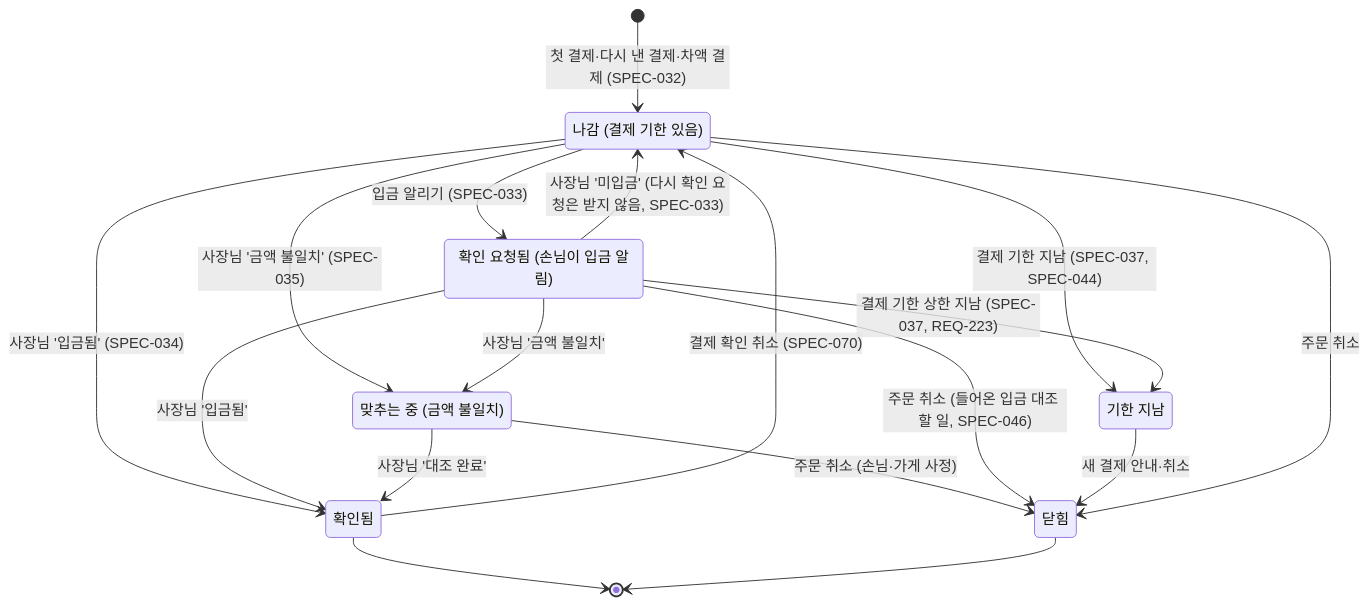
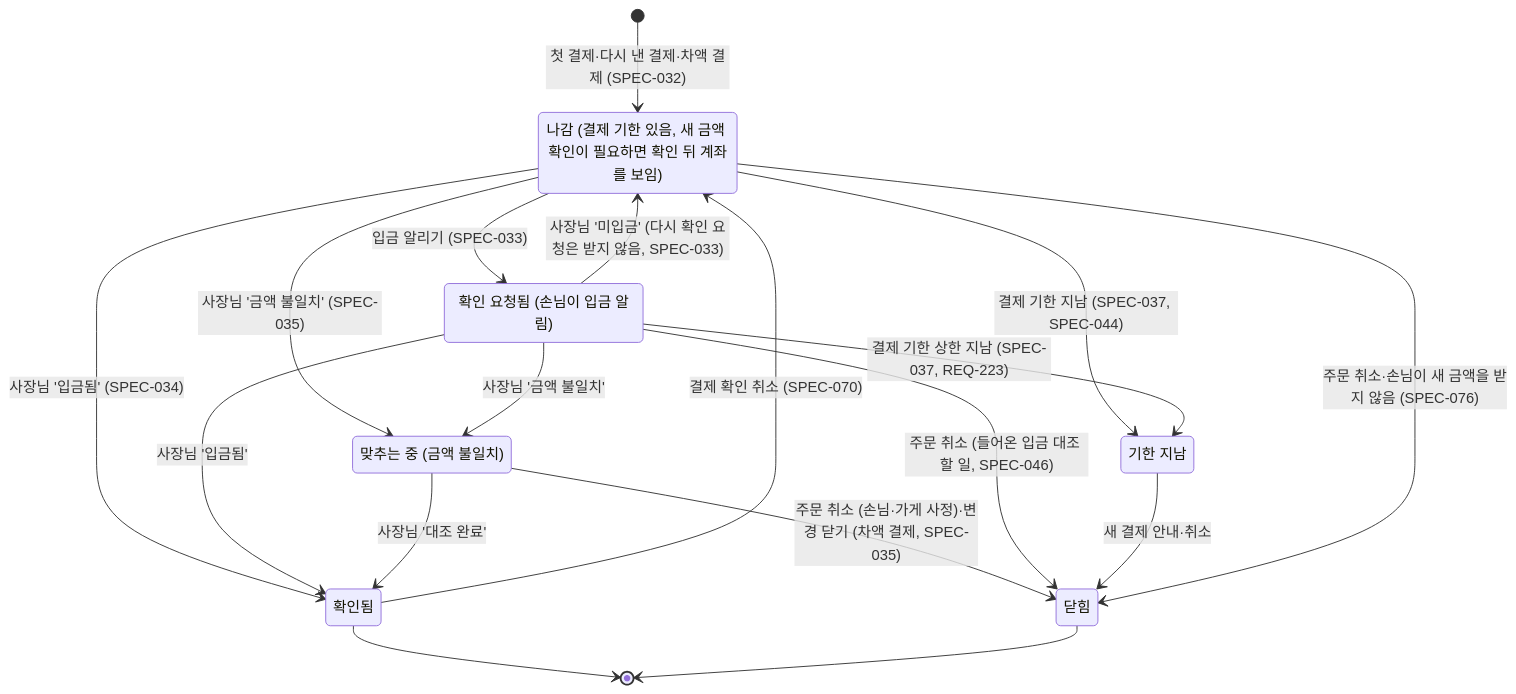
One commit to kodonghui/siljang.ai changed the third of 8 diagrams in docs/04-functional-spec/spec.md. Above: the diagram before and after it, drawn with Mermaid. The commit also changed other lines of this file and 63 other files, not shown here.

````diff
--- a/docs/04-functional-spec/spec.md
+++ b/docs/04-functional-spec/spec.md
@@ -111,26 +112,26 @@
 ```mermaid
 stateDiagram-v2
-  state "나감 (결제 기한 있음)" as open
+  state "나감 (결제 기한 있음, 새 금액 확인이 필요하면 확인 뒤 계좌를 보임)" as open
   state "확인 요청됨 (손님이 입금 알림)" as claimed
   state "맞추는 중 (금액 불일치)" as mismatch
   state "확인됨" as paid
   state "기한 지남" as expired
   state "닫힘" as closed
   [*] --> open: 첫 결제·다시 낸 결제·차액 결제 (SPEC-032)
   open --> claimed: 입금 알리기 (SPEC-033)
   open --> paid: 사장님 '입금됨' (SPEC-034)
   claimed --> paid: 사장님 '입금됨'
   claimed --> open: 사장님 '미입금' (다시 확인 요청은 받지 않음, SPEC-033)
   open --> mismatch: 사장님 '금액 불일치' (SPEC-035)
   claimed --> mismatch: 사장님 '금액 불일치'
   mismatch --> paid: 사장님 '대조 완료'
-  mismatch --> closed: 주문 취소 (손님·가게 사정)
+  mismatch --> closed: 주문 취소 (손님·가게 사정)·변경 닫기 (차액 결제, SPEC-035)
   claimed --> closed: 주문 취소 (들어온 입금 대조 할 일, SPEC-046)
   paid --> open: 결제 확인 취소 (SPEC-070)
   open --> expired: 결제 기한 지남 (SPEC-037, SPEC-044)
   claimed --> expired: 결제 기한 상한 지남 (SPEC-037, REQ-223)
   expired --> closed: 새 결제 안내·취소
-  open --> closed: 주문 취소
+  open --> closed: 주문 취소·손님이 새 금액을 받지 않음 (SPEC-076)
   paid --> [*]
   closed --> [*]
 ```
````
